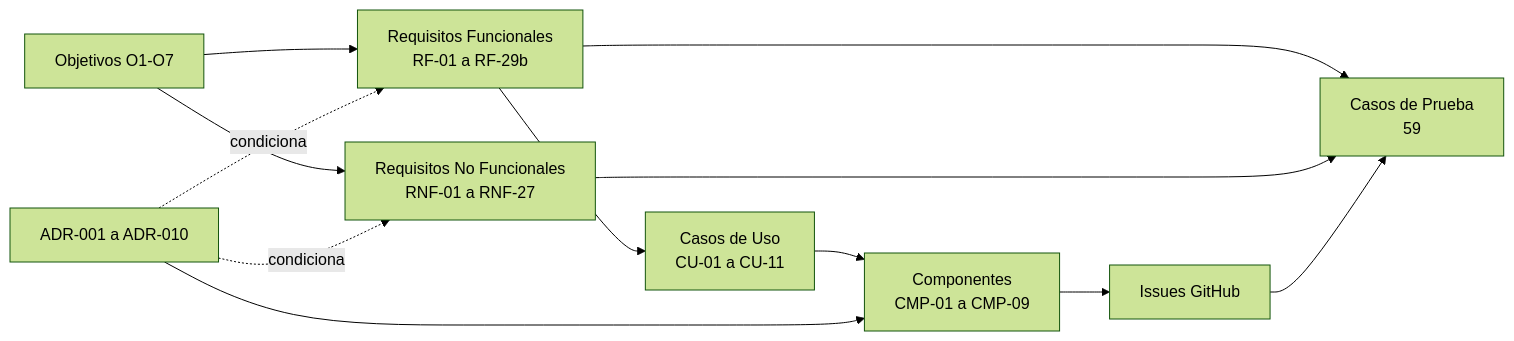
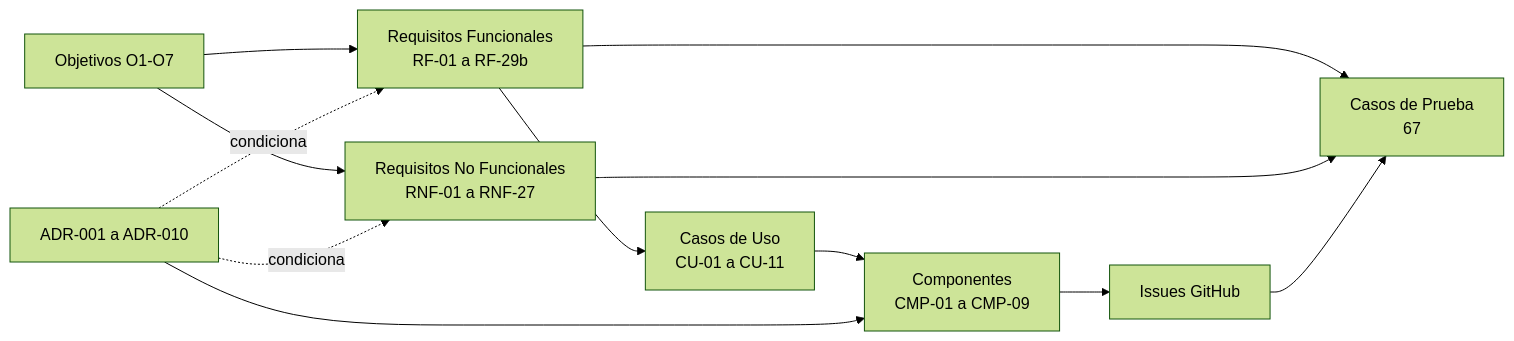
Before and after one commit to pabloo806/Trabajo-de-Fin-de-Grado: the first of 2 diagrams in docs/requirements/traceability-matrix.md, drawn with Mermaid (forest theme). The commit also changed other lines of this file, not shown here.

First line of the commit message:
Revise traceability matrix with new test cases

````diff
--- a/docs/requirements/traceability-matrix.md
+++ b/docs/requirements/traceability-matrix.md
@@ -332,41 +347,41 @@
 ```mermaid
 flowchart LR
 
     OBJ[Objetivos O1-O7]
 
     RF[Requisitos Funcionales<br/>RF-01 a RF-29b]
 
     RNF[Requisitos No Funcionales<br/>RNF-01 a RNF-27]
 
     CU[Casos de Uso<br/>CU-01 a CU-11]
 
     ADR[ADR-001 a ADR-010]
 
     CMP[Componentes<br/>CMP-01 a CMP-09]
 
     GH[Issues GitHub]
 
-    TEST[Casos de Prueba<br/>59]
+    TEST[Casos de Prueba<br/>67]
 
     OBJ --> RF
 
     OBJ --> RNF
 
     RF --> CU
 
     CU --> CMP
 
     ADR --> CMP
 
     ADR -.condiciona.-> RF
 
     ADR -.condiciona.-> RNF
 
     CMP --> GH
 
     RF --> TEST
 
     RNF --> TEST
 
     GH --> TEST
 ```
````
